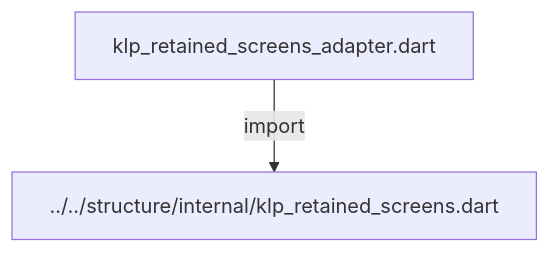
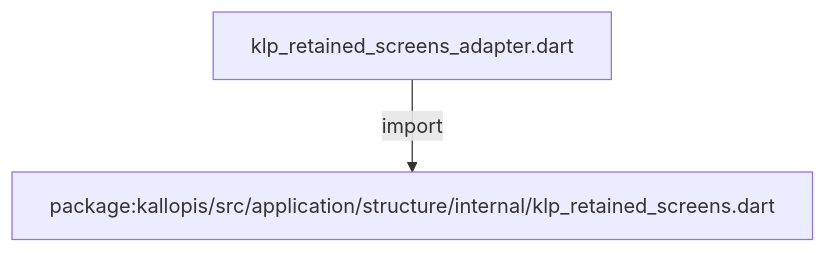
One commit to MiuDog/Kallopis changed the second of 5 diagrams in docs/architecture/src/application/bootstrap/internal/klp_retained_screens_adapter.md. Above: the diagram before and after it, drawn with Mermaid. The commit also changed other lines of this file and 9688 other files, not shown here.

Commit message:
Prepare isolated Flow F2 peer baseline

````diff
--- a/docs/architecture/src/application/bootstrap/internal/klp_retained_screens_adapter.md
+++ b/docs/architecture/src/application/bootstrap/internal/klp_retained_screens_adapter.md
@@ -38,6 +38,6 @@
 ```mermaid
 flowchart TD
 	n0["klp_retained_screens_adapter.dart"]
-	n1["../../structure/internal/klp_retained_screens.dart"]
+	n1["package:kallopis/src/application/structure/internal/klp_retained_screens.dart"]
 	n0 -->|"import"| n1
 ```
````
